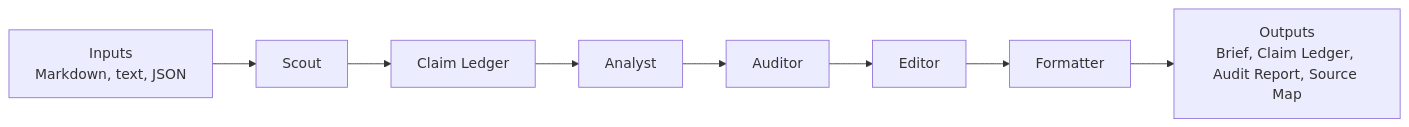
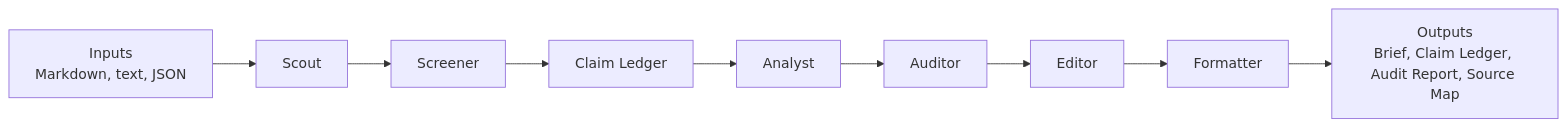
The diagram in docs/architecture.md (Stahl-G/multi-agent-brief-workflow), drawn with Mermaid before and after one commit. The commit also changed other lines of this file and 11 other files, not shown here.

````diff
--- a/docs/architecture.md
+++ b/docs/architecture.md
@@ -7,10 +7,11 @@
 ```mermaid
 flowchart LR
   A["Inputs<br/>Markdown, text, JSON"] --> B["Scout"]
-  B --> C["Claim Ledger"]
-  C --> D["Analyst"]
-  D --> E["Auditor"]
-  E --> F["Editor"]
-  F --> G["Formatter"]
-  G --> H["Outputs<br/>Brief, Claim Ledger, Audit Report, Source Map"]
+  B --> C["Screener"]
+  C --> D["Claim Ledger"]
+  D --> E["Analyst"]
+  E --> F["Auditor"]
+  F --> G["Editor"]
+  G --> H["Formatter"]
+  H --> I["Outputs<br/>Brief, Claim Ledger, Audit Report, Source Map"]
 ```
````
